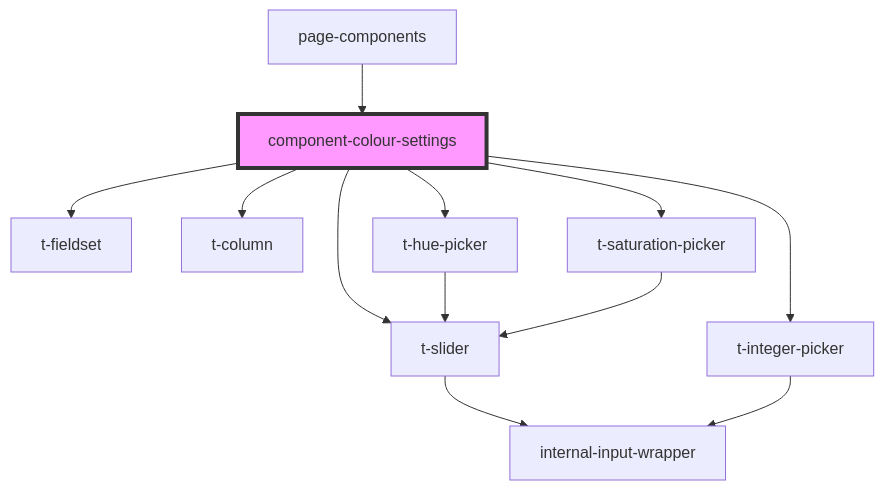
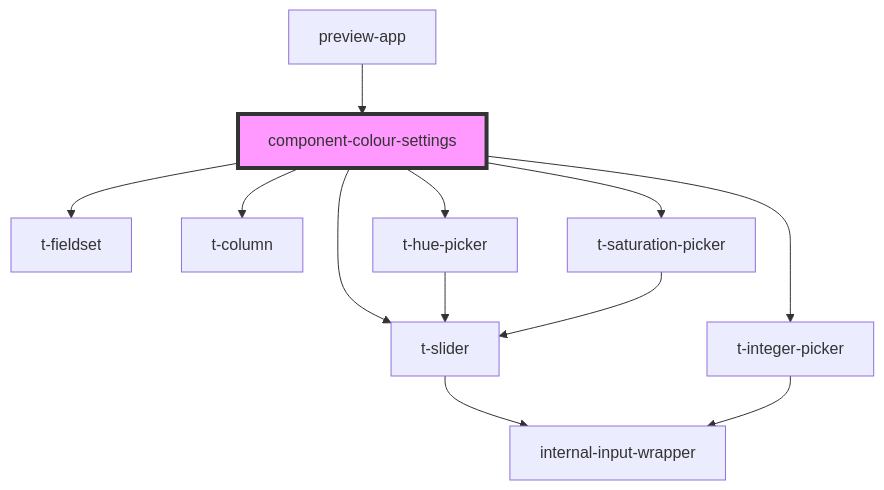
One commit to TomasEng/web-components changed the diagram in packages/t-web-components/src/preview-app/component-colour-settings/readme.md. Above: the diagram before and after it, drawn with Mermaid. The commit also changed other lines of this file and 37 other files, not shown here.

````diff
--- a/packages/t-web-components/src/preview-app/component-colour-settings/readme.md
+++ b/packages/t-web-components/src/preview-app/component-colour-settings/readme.md
@@ -38,15 +38,15 @@
 ```mermaid
 graph TD;
   component-colour-settings --> t-fieldset
   component-colour-settings --> t-column
   component-colour-settings --> t-hue-picker
   component-colour-settings --> t-saturation-picker
   component-colour-settings --> t-integer-picker
   component-colour-settings --> t-slider
   t-hue-picker --> t-slider
   t-slider --> internal-input-wrapper
   t-saturation-picker --> t-slider
   t-integer-picker --> internal-input-wrapper
-  page-components --> component-colour-settings
+  preview-app --> component-colour-settings
   style component-colour-settings fill:#f9f,stroke:#333,stroke-width:4px
 ```
````
